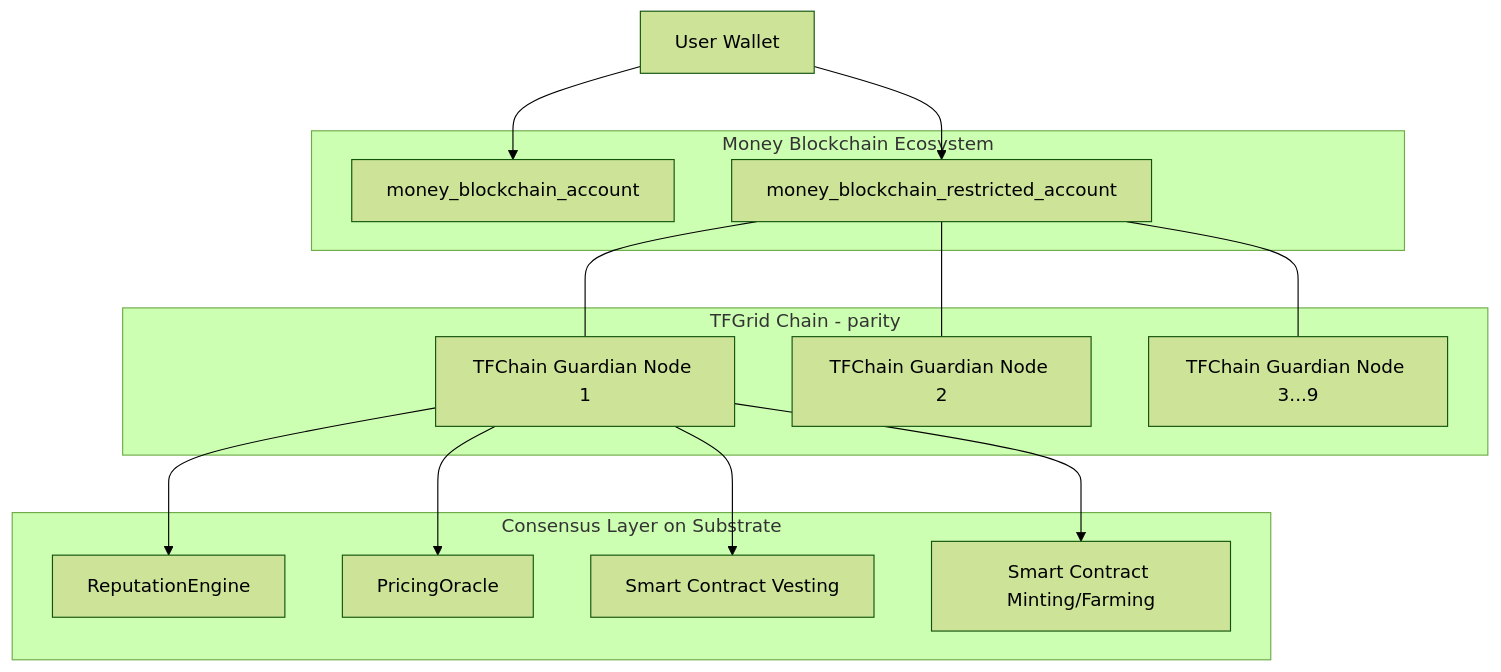
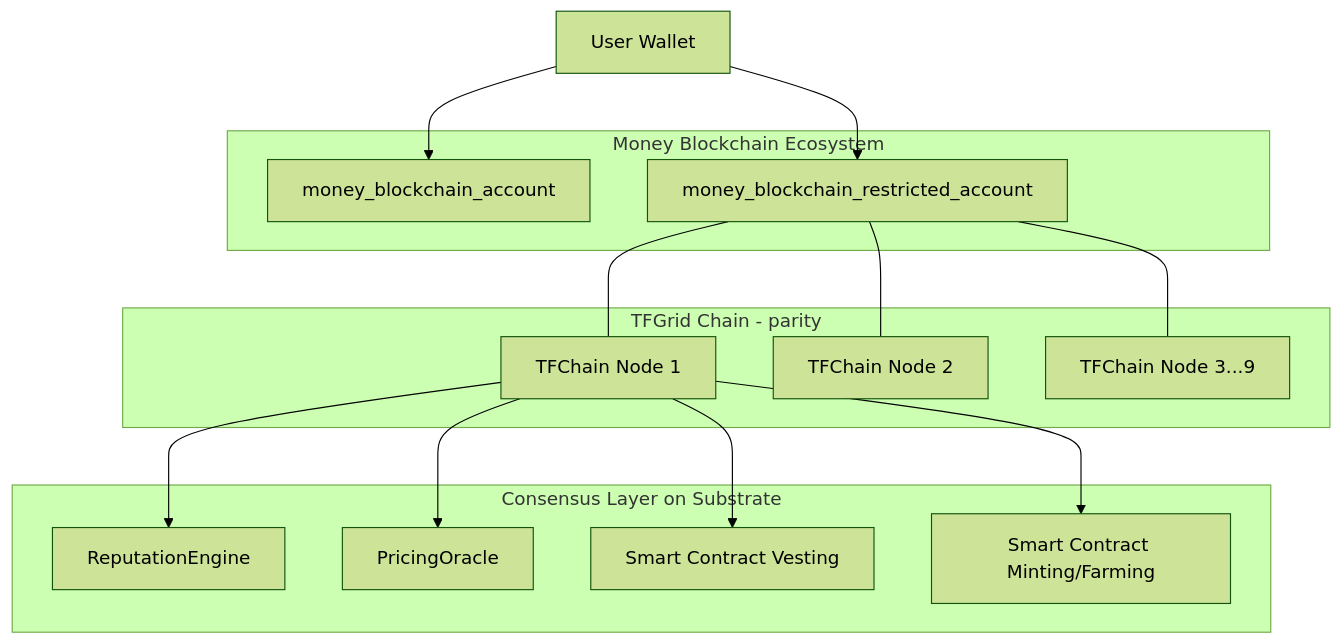
Before and after one commit to threefoldtech/TFGRID: the second of 2 diagrams in wiki/main/consensus3_mechanism/tfgrid3_wallets.md, drawn with Mermaid (forest theme). The commit also changed 7 other files, not shown here.

````diff
--- a/wiki/main/consensus3_mechanism/tfgrid3_wallets.md
+++ b/wiki/main/consensus3_mechanism/tfgrid3_wallets.md
@@ -44,28 +44,28 @@
 ```mermaid
 
 graph TB
 
     subgraph TFChain[TFGrid Chain - parity]
-        guardian1[TFChain Guardian Node 1]
-        guardian2[TFChain Guardian Node 2]
-        guardian3[TFChain Guardian Node 3...9]
+        guardian1[TFChain Node 1]
+        guardian2[TFChain Node 2]
+        guardian3[TFChain Node 3...9]
     end
 
     User_wallet[User Wallet] --> money_blockchain_account
     User_wallet[User Wallet] --> money_blockchain_restricted_account
 
     subgraph Money Blockchain Ecosystem
         money_blockchain_account
         money_blockchain_restricted_account --- guardian1 & guardian2  & guardian3
     end
 
     subgraph consensus[Consensus Layer on Substrate]
         guardian1 --> ReputationEngine & PricingOracle
         guardian1 --> contract1[Smart Contract Vesting]
         guardian1 --> contract2[Smart Contract Minting/Farming]        
     end
 
 
 
 
 ```
````
